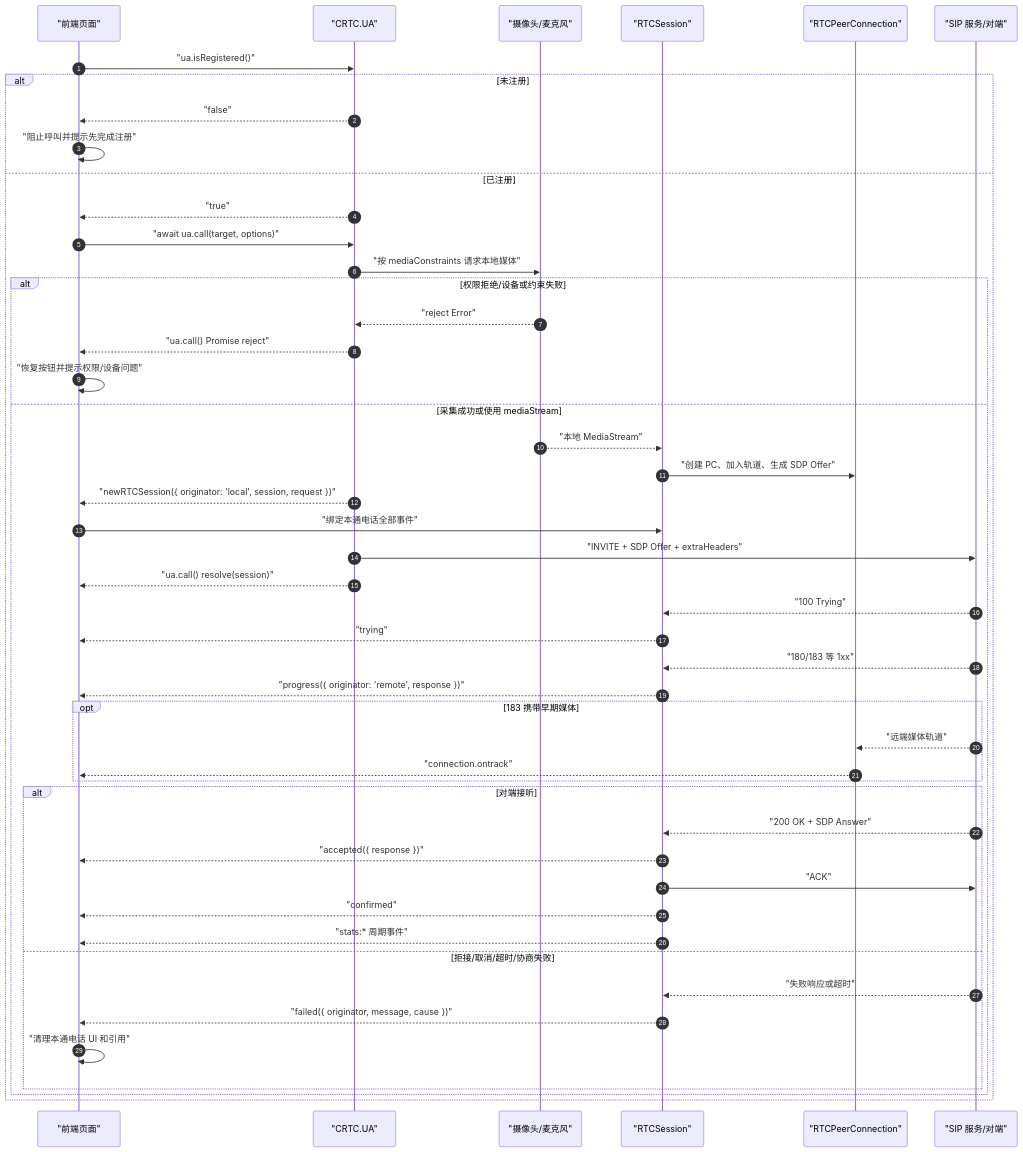
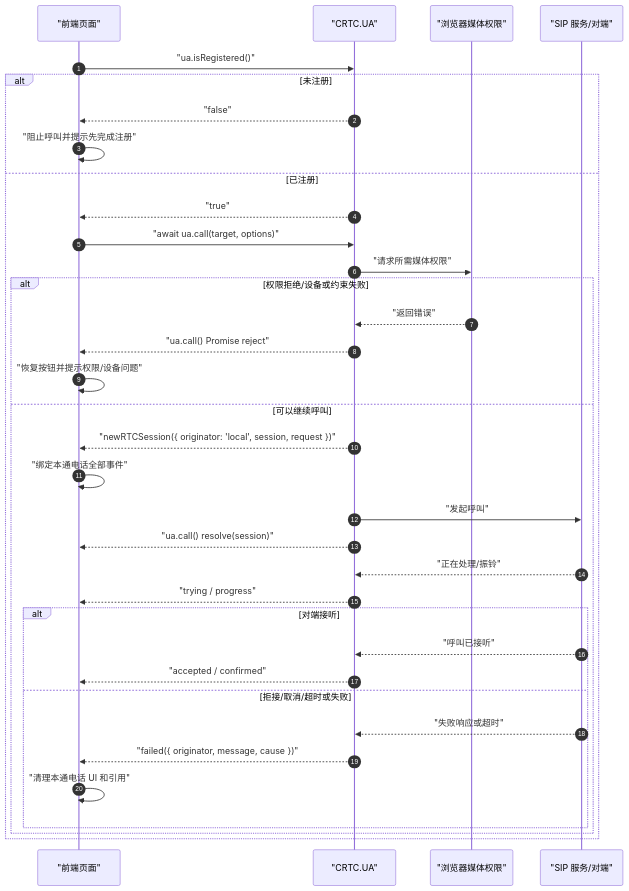
The third of 4 diagrams in docs/user-guide/03-call-lifecycle.md (lei40251/JsSIP), drawn with Mermaid before and after one commit. The commit also changed other lines of this file and 21 other files, not shown here.

````diff
--- a/docs/user-guide/03-call-lifecycle.md
+++ b/docs/user-guide/03-call-lifecycle.md
@@ -168,51 +162,38 @@
 ```mermaid
 sequenceDiagram
     autonumber
     participant Page as "前端页面"
     participant UA as "CRTC.UA"
-    participant Media as "摄像头/麦克风"
-    participant Session as "RTCSession"
-    participant PC as "RTCPeerConnection"
+    participant Browser as "浏览器媒体权限"
     participant SIP as "SIP 服务/对端"
 
     Page->>UA: "ua.isRegistered()"
     alt 未注册
         UA-->>Page: "false"
         Page->>Page: "阻止呼叫并提示先完成注册"
     else 已注册
         UA-->>Page: "true"
         Page->>UA: "await ua.call(target, options)"
-        UA->>Media: "按 mediaConstraints 请求本地媒体"
+        UA->>Browser: "请求所需媒体权限"
         alt 权限拒绝/设备或约束失败
-            Media-->>UA: "reject Error"
+            Browser-->>UA: "返回错误"
             UA-->>Page: "ua.call() Promise reject"
             Page->>Page: "恢复按钮并提示权限/设备问题"
-        else 采集成功或使用 mediaStream
-            Media-->>Session: "本地 MediaStream"
-            Session->>PC: "创建 PC、加入轨道、生成 SDP Offer"
+        else 可以继续呼叫
             UA-->>Page: "newRTCSession({ originator: 'local', session, request })"
-            Page->>Session: "绑定本通电话全部事件"
-            UA->>SIP: "INVITE + SDP Offer + extraHeaders"
+            Page->>Page: "绑定本通电话全部事件"
+            UA->>SIP: "发起呼叫"
             UA-->>Page: "ua.call() resolve(session)"
-            SIP-->>Session: "100 Trying"
-            Session-->>Page: "trying"
-            SIP-->>Session: "180/183 等 1xx"
-            Session-->>Page: "progress({ originator: 'remote', response })"
-            opt 183 携带早期媒体
-                SIP-->>PC: "远端媒体轨道"
-                PC-->>Page: "connection.ontrack"
-            end
+            SIP-->>UA: "正在处理/振铃"
+            UA-->>Page: "trying / progress"
             alt 对端接听
-                SIP-->>Session: "200 OK + SDP Answer"
-                Session-->>Page: "accepted({ response })"
-                Session->>SIP: "ACK"
-                Session-->>Page: "confirmed"
-                Session-->>Page: "stats:* 周期事件"
-            else 拒接/取消/超时/协商失败
-                SIP-->>Session: "失败响应或超时"
-                Session-->>Page: "failed({ originator, message, cause })"
+                SIP-->>UA: "呼叫已接听"
+                UA-->>Page: "accepted / confirmed"
+            else 拒接/取消/超时或失败
+                SIP-->>UA: "失败响应或超时"
+                UA-->>Page: "failed({ originator, message, cause })"
                 Page->>Page: "清理本通电话 UI 和引用"
             end
         end
     end
 ```
````
